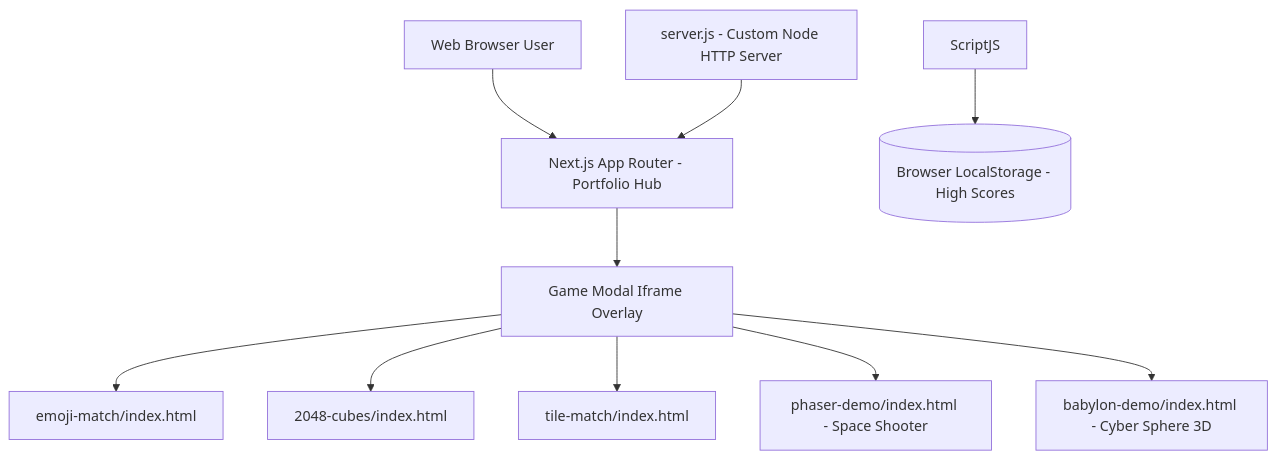
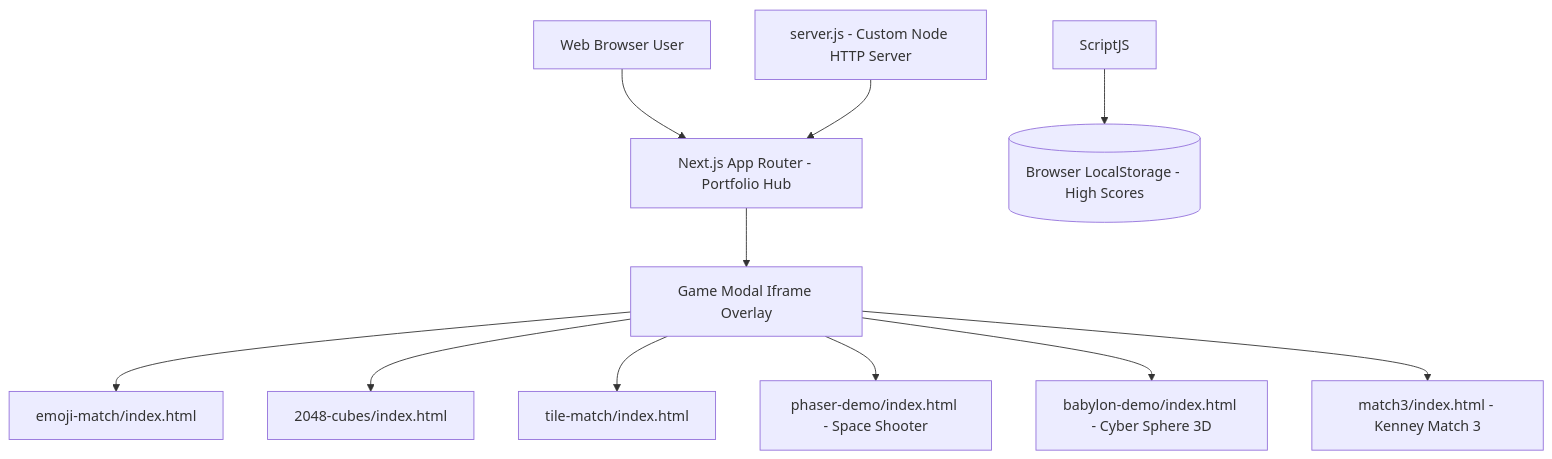
The diagram in docs/gdd/00-concept.md (nopponaim603/webJS), drawn with Mermaid before and after one commit. The commit also changed other lines of this file and 6 other files, not shown here.

````diff
--- a/docs/gdd/00-concept.md
+++ b/docs/gdd/00-concept.md
@@ -42,13 +43,14 @@
 ```mermaid
 graph TD
     User[Web Browser User] --> IndexHTML[Next.js App Router - Portfolio Hub]
     IndexHTML --> Modal[Game Modal Iframe Overlay]
     Modal --> G1[emoji-match/index.html]
     Modal --> G2[2048-cubes/index.html]
     Modal --> G3[tile-match/index.html]
     Modal --> G4[phaser-demo/index.html - Space Shooter]
     Modal --> G5[babylon-demo/index.html - Cyber Sphere 3D]
+    Modal --> G6[match3/index.html - Kenney Match 3]
     
     ScriptJS --> LocalStorage[(Browser LocalStorage - High Scores)]
     NodeServer[server.js - Custom Node HTTP Server] --> IndexHTML
 ```
````
